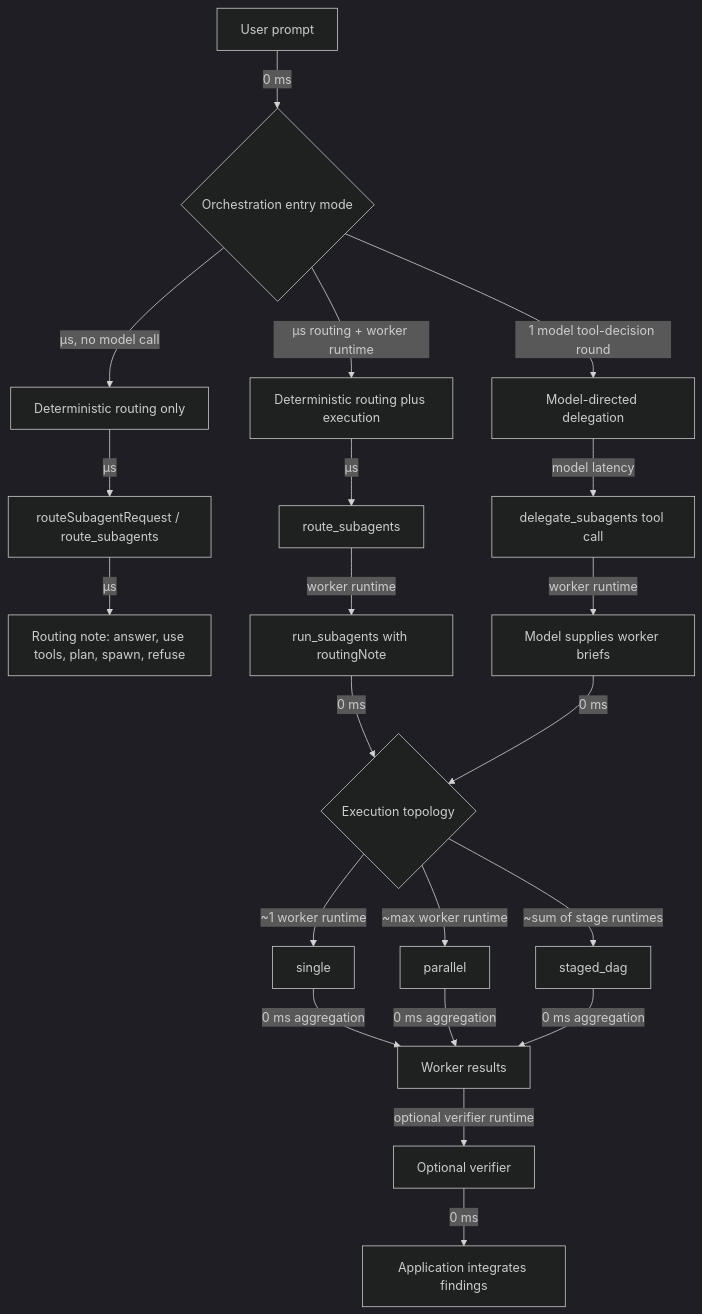
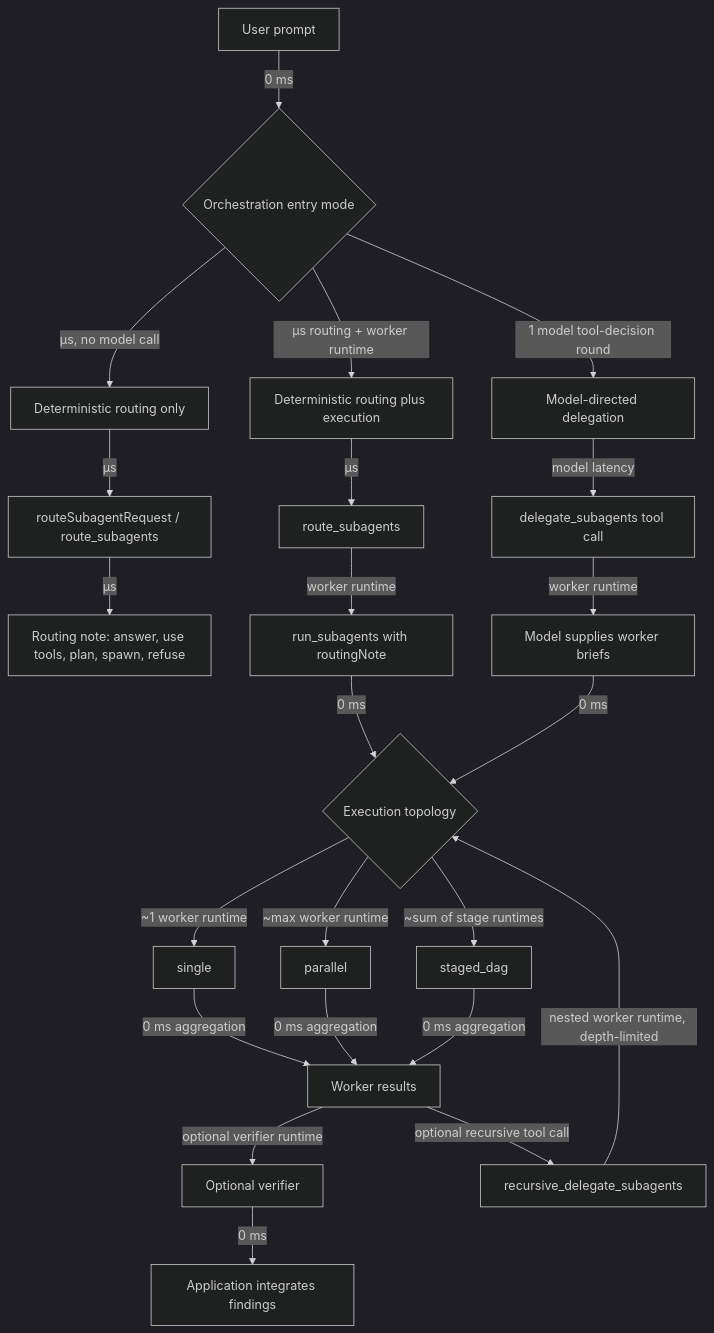
The diagram in README.md (5queezer/tanstack-ai-subagents), drawn with Mermaid (dark theme) before and after one commit. The commit also changed other lines of this file and 8 other files, not shown here.

````diff
--- a/README.md
+++ b/README.md
@@ -25,30 +25,32 @@
 ```mermaid
 flowchart TD
   A[User prompt] -->|0 ms| B{Orchestration entry mode}
 
   B -->|µs, no model call| C[Deterministic routing only]
   C -->|µs| C1[routeSubagentRequest / route_subagents]
   C1 -->|µs| C2[Routing note: answer, use tools, plan, spawn, refuse]
 
   B -->|µs routing + worker runtime| D[Deterministic routing plus execution]
   D -->|µs| D1[route_subagents]
   D1 -->|worker runtime| D2[run_subagents with routingNote]
 
   B -->|1 model tool-decision round| E[Model-directed delegation]
   E -->|model latency| E1[delegate_subagents tool call]
   E1 -->|worker runtime| E2[Model supplies worker briefs]
 
   D2 -->|0 ms| F{Execution topology}
   E2 -->|0 ms| F
 
   F -->|~1 worker runtime| G[single]
   F -->|~max worker runtime| H[parallel]
   F -->|~sum of stage runtimes| I[staged_dag]
 
   G -->|0 ms aggregation| J[Worker results]
   H -->|0 ms aggregation| J
   I -->|0 ms aggregation| J
 
   J -->|optional verifier runtime| K[Optional verifier]
+  J -->|optional recursive tool call| M[recursive_delegate_subagents]
+  M -->|nested worker runtime, depth-limited| F
   K -->|0 ms| L[Application integrates findings]
 ```
````
